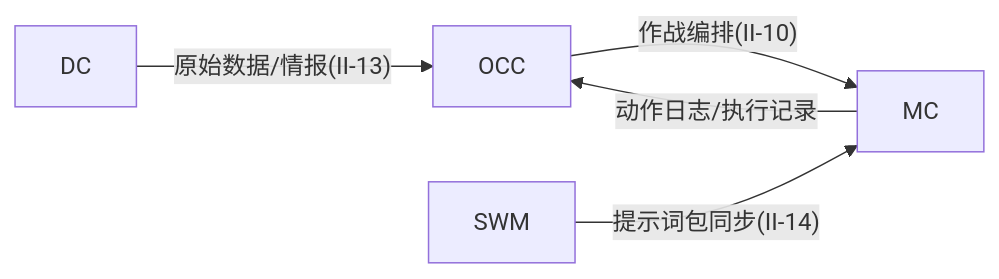
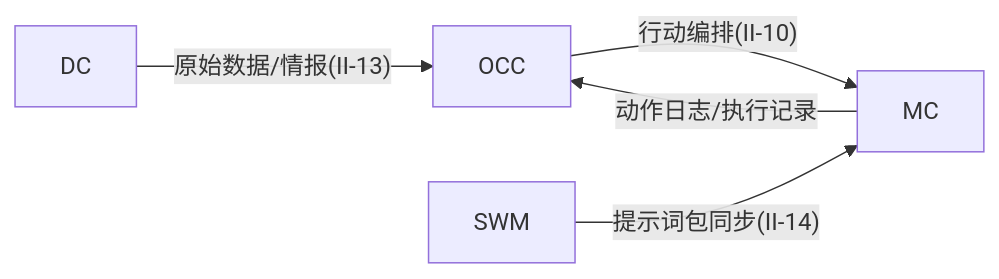
Before and after one commit to Sj-g/obsidian: the third of 14 diagrams in 公司项目/认知作战/文档/软件概要设计说明.md, drawn with Mermaid. The commit also changed other lines of this file and 10 other files, not shown here.

````diff
--- a/公司项目/认知作战/文档/软件概要设计说明.md
+++ b/公司项目/认知作战/文档/软件概要设计说明.md
@@ -158,7 +158,7 @@
 ```mermaid
 flowchart LR
     DC -->|"原始数据/情报(II-13)"| OCC
-    OCC -->|"作战编排(II-10)"| MC
+    OCC -->|"行动编排(II-10)"| MC
     SWM -->|"提示词包同步(II-14)"| MC
     MC -->|"动作日志/执行记录"| OCC
 ```
````
